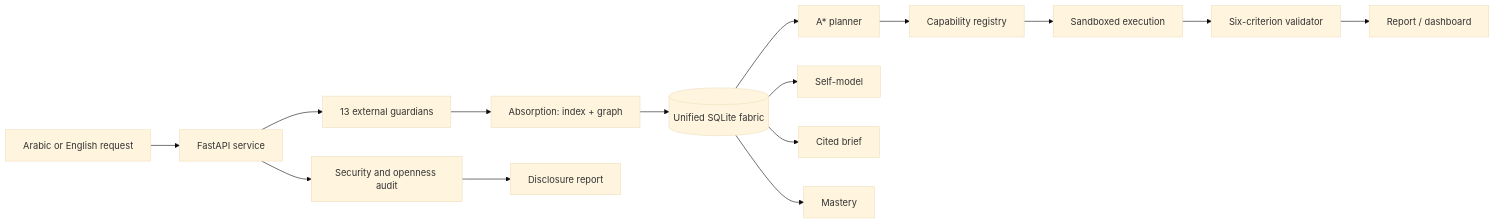
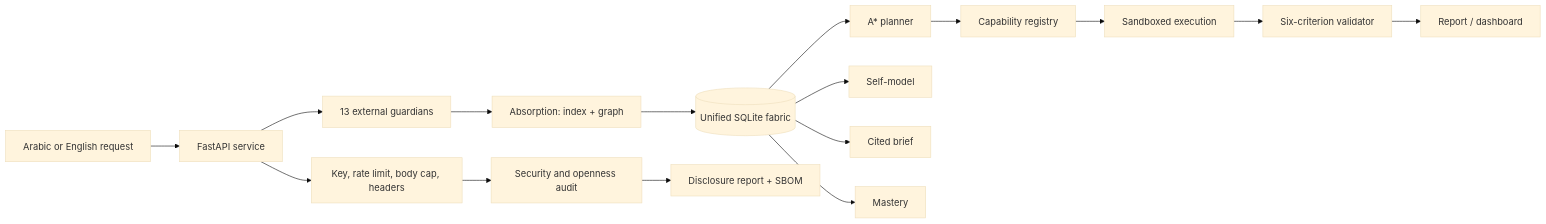
One commit to mansourhashad8-tech/sovereign-fabric changed the diagram in docs/ARCHITECTURE.md. Above: the diagram before and after it, drawn with Mermaid (base theme). The commit also changed other lines of this file and 25 other files, not shown here.

First line of the commit message:
Add Arabic normalization, API guards, DAST, SBOM, and community governance

````diff
--- a/docs/ARCHITECTURE.md
+++ b/docs/ARCHITECTURE.md
@@ -3,17 +3,18 @@
 ```mermaid
 flowchart LR
   U[Arabic or English request] --> API[FastAPI service]
   API --> G[13 external guardians]
   G --> A[Absorption: index + graph]
   A --> F[(Unified SQLite fabric)]
   F --> P[A* planner]
   P --> C[Capability registry]
   C --> X[Sandboxed execution]
   X --> V[Six-criterion validator]
   V --> R[Report / dashboard]
   F --> S[Self-model]
   F --> B[Cited brief]
   F --> M[Mastery]
-  API --> SEC[Security and openness audit]
-  SEC --> D[Disclosure report]
+  API --> GUARD[Key, rate limit, body cap, headers]
+  GUARD --> SEC[Security and openness audit]
+  SEC --> D[Disclosure report + SBOM]
 ```
````
